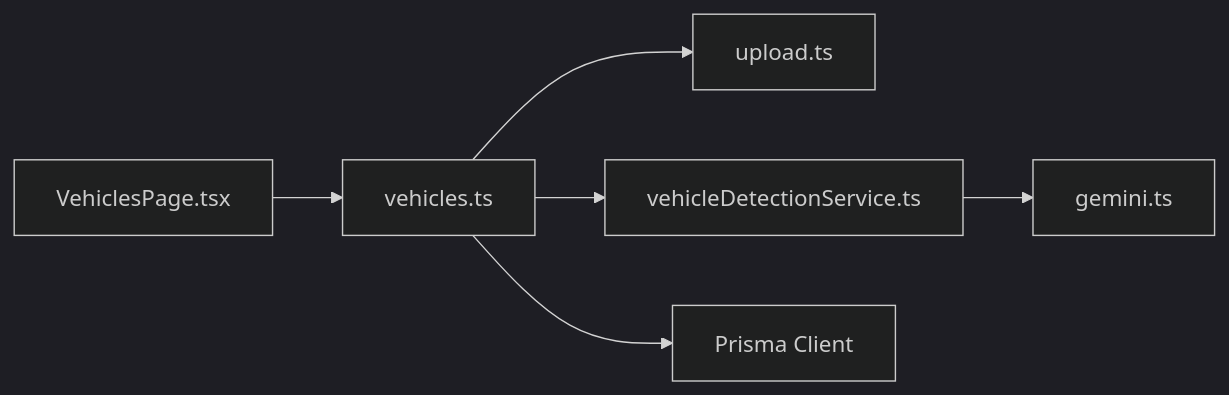
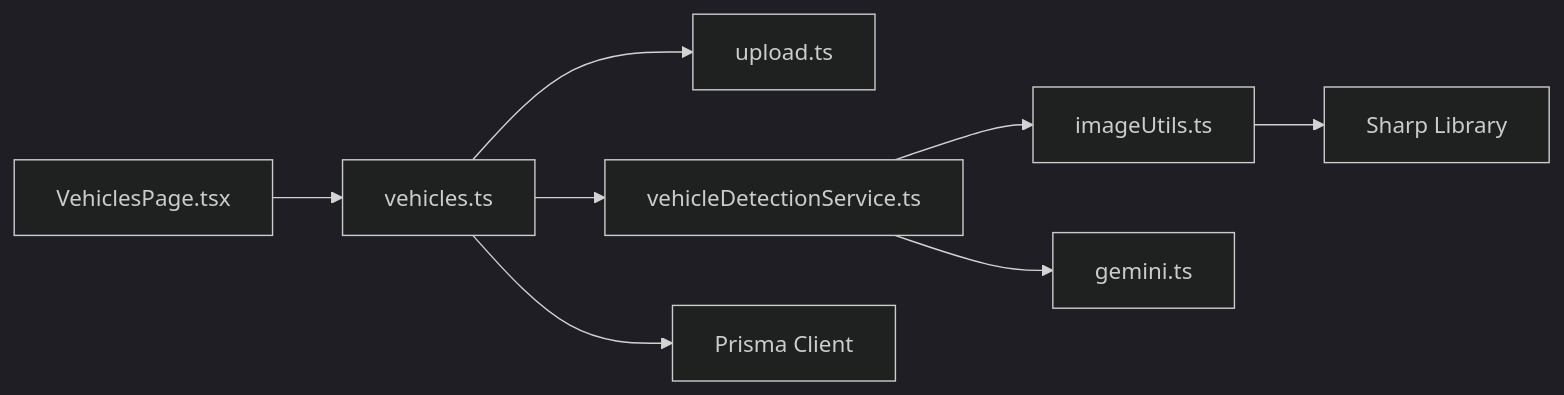
Before and after one commit to NaveenHiranya/Smart-Vehicle-Insurance-Claim-System: the fourth of 4 diagrams in .qoder/repowiki/en/content/Backend Documentation/Business Logic & Services/Vehicle Detection Service.md, drawn with Mermaid (dark theme). The commit also changed other lines of this file and 33 other files, not shown here.

````diff
--- a/.qoder/repowiki/en/content/Backend Documentation/Business Logic & Services/Vehicle Detection Service.md
+++ b/.qoder/repowiki/en/content/Backend Documentation/Business Logic & Services/Vehicle Detection Service.md
@@ -277,8 +321,10 @@
 ```mermaid
 graph LR
 RT["vehicles.ts"] --> MW["upload.ts"]
 RT --> SVC["vehicleDetectionService.ts"]
+SVC --> IU["imageUtils.ts"]
 SVC --> GEM["gemini.ts"]
+IU --> SHARP["Sharp Library"]
 RT --> PRISMA["Prisma Client"]
 FE["VehiclesPage.tsx"] --> RT
 ```
````
